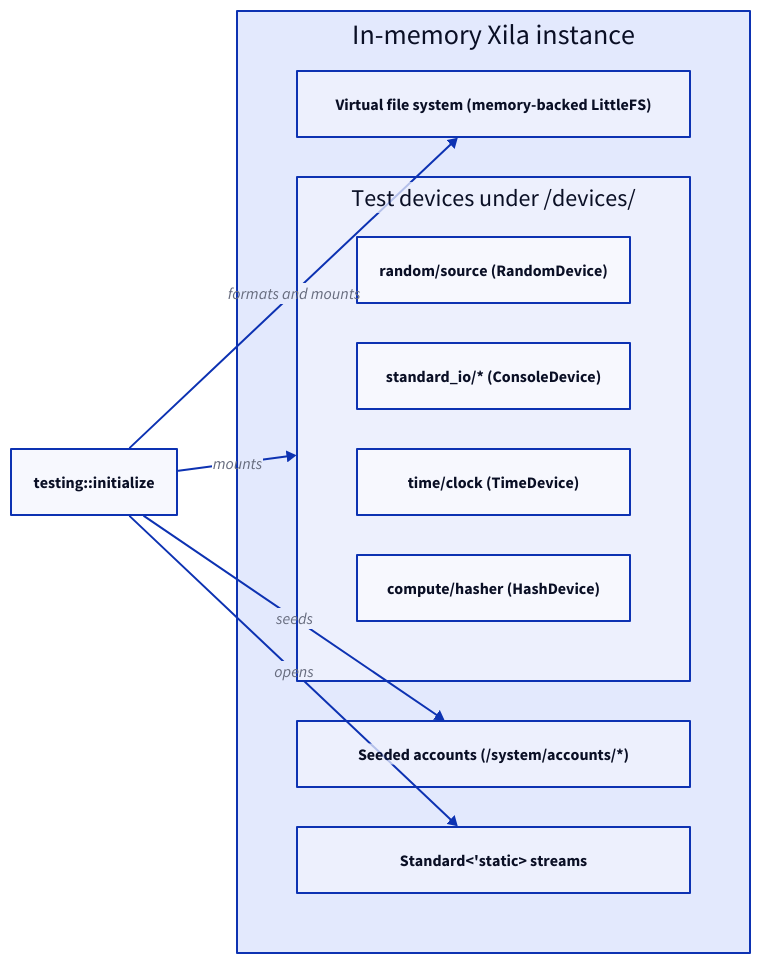
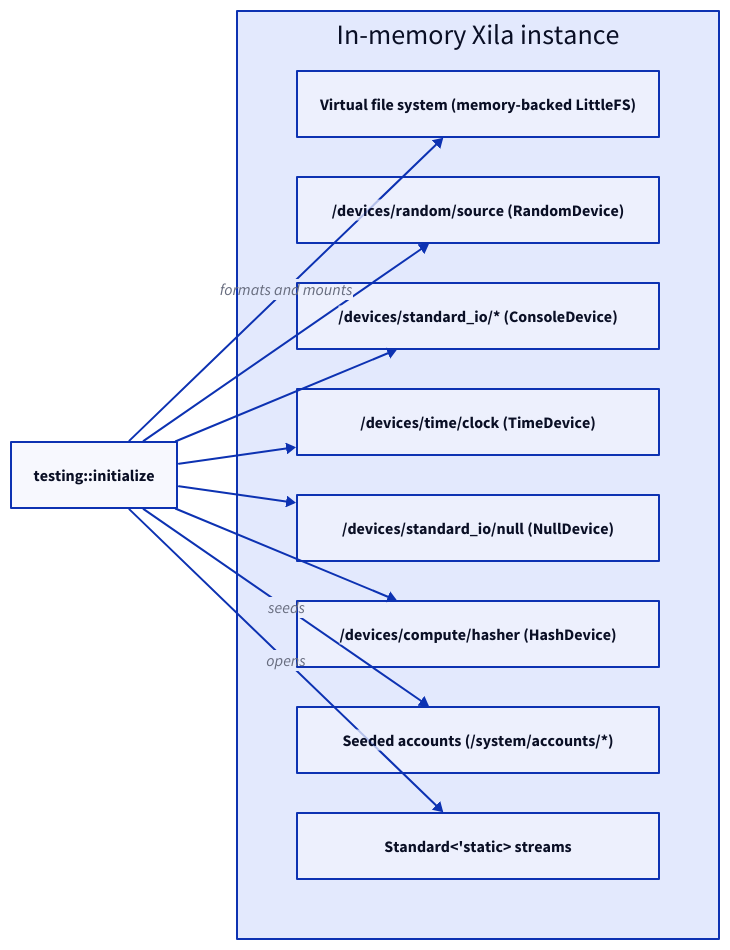
Before and after one commit to xila-project/website: the diagram in src/content/docs/explanation/architecture/libraries/testing.mdx, drawn with D2. The commit also changed 6 other files, not shown here.

First line of the commit message:
docs(diagrams): apply the review findings to the libraries diagrams

````diff
--- a/src/content/docs/explanation/architecture/libraries/testing.mdx
+++ b/src/content/docs/explanation/architecture/libraries/testing.mdx
@@ -82,23 +82,24 @@
 ```d2 title="In-memory test environment"
 direction: down
 init: "testing::initialize" { class: focus }
-instance: In-memory Xila instance {
+environment: In-memory Xila instance {
   class: layer
   grid-columns: 1
   vfs: Virtual file system (memory-backed LittleFS) { class: stored }
-  devices: Test devices under /devices/ {
-    class: layer
-    grid-columns: 1
-    random: "random/source (RandomDevice)" { class: component }
-    stdio: "standard_io/* (ConsoleDevice)" { class: component }
-    time: "time/clock (TimeDevice)" { class: component }
-    hasher: "compute/hasher (HashDevice)" { class: component }
-  }
+  random: "/devices/random/source (RandomDevice)" { class: component }
+  stdio: "/devices/standard_io/* (ConsoleDevice)" { class: component }
+  time: "/devices/time/clock (TimeDevice)" { class: component }
+  null: "/devices/standard_io/null (NullDevice)" { class: component }
+  hasher: "/devices/compute/hasher (HashDevice)" { class: component }
   accounts: "Seeded accounts (/system/accounts/*)" { class: stored }
   streams: "Standard<'static> streams" { class: io }
 }
-init -> instance.vfs: formats and mounts
-init -> instance.devices: mounts
-init -> instance.accounts: seeds
-init -> instance.streams: opens
+init -> environment.vfs: formats and mounts
+init -> environment.random
+init -> environment.stdio
+init -> environment.time
+init -> environment.null
+init -> environment.hasher
+init -> environment.accounts: seeds
+init -> environment.streams: opens
 ```
````
